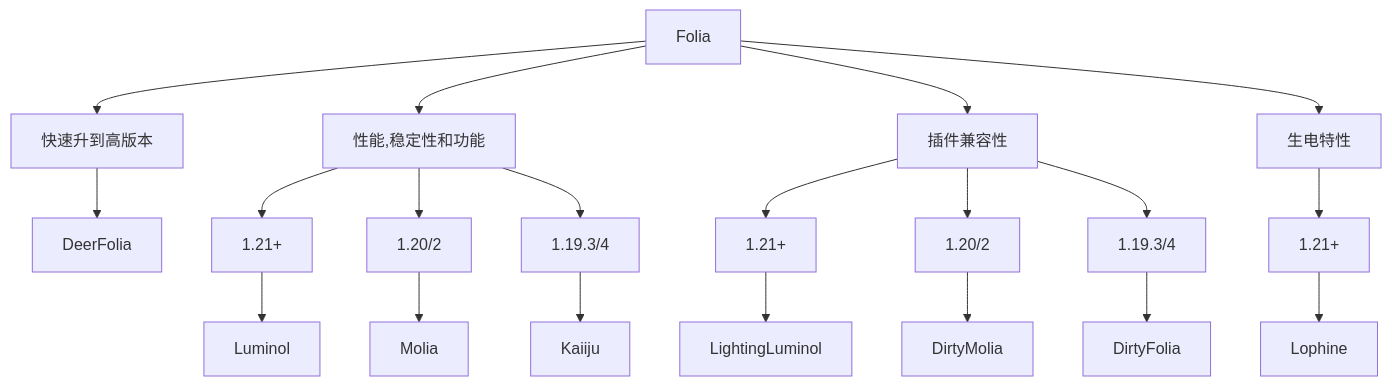
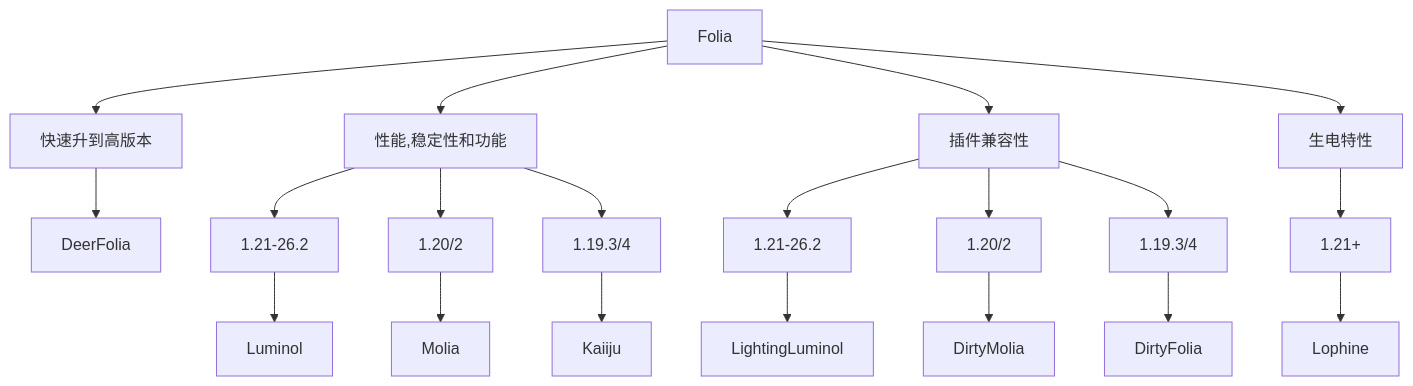
One commit to Cubic-Project/NitWikit changed the diagram in src/content/docs/java/start/server-core-choose/folia/intro.md. Above: the diagram before and after it, drawn with Mermaid. The commit also changed other lines of this file and 6 other files, not shown here.

````diff
--- a/src/content/docs/java/start/server-core-choose/folia/intro.md
+++ b/src/content/docs/java/start/server-core-choose/folia/intro.md
@@ -51,16 +51,16 @@
 ```mermaid
 flowchart TD
     A[Folia]
     A --> B[快速升到高版本]
     A --> C[性能,稳定性和功能]
     A --> D[插件兼容性]
     A --> E[生电特性]
     B --> DeerFolia
-    C --> F[1.21+] --> Luminol
+    C --> F[1.21-26.2] --> Luminol
     C --> G[1.20/2] --> Molia
     C --> H[1.19.3/4] --> Kaiiju
-    D --> I[1.21+] --> LightingLuminol
+    D --> I[1.21-26.2] --> LightingLuminol
     D --> J[1.20/2] --> DirtyMolia
     D --> K[1.19.3/4] --> DirtyFolia
     E --> L[1.21+] --> Lophine
 ```
````
